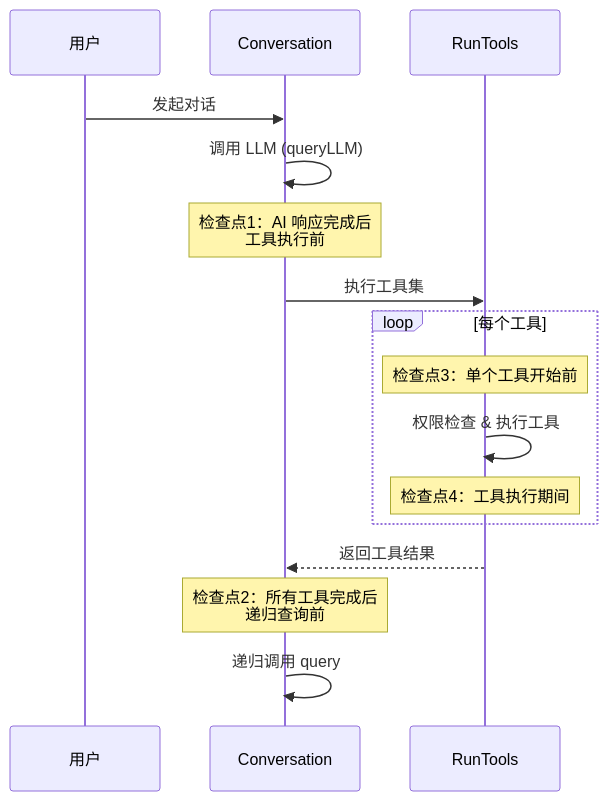
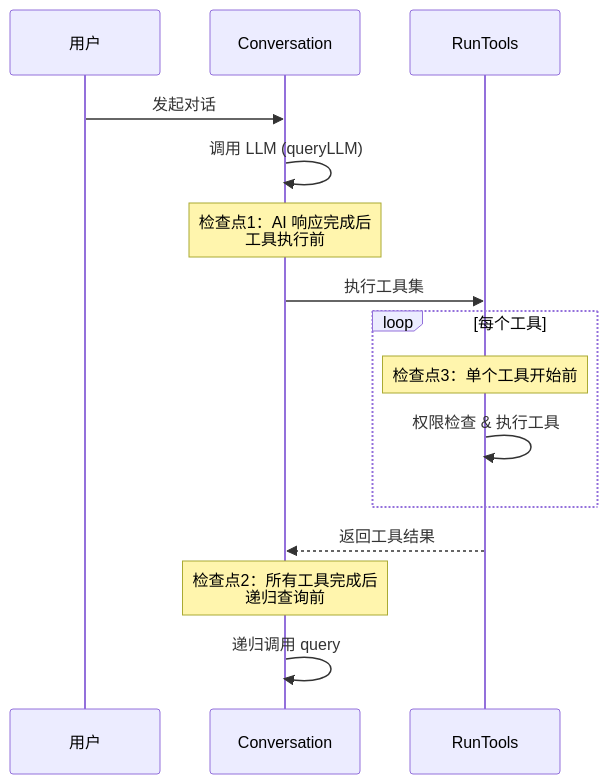
One commit to midea-ai/sema-code-core changed the diagram in docs/wiki/core-concepts/core-architecture/conversation-system.md. Above: the diagram before and after it, drawn with Mermaid. The commit also changed other lines of this file and 10 other files, not shown here.

````diff
--- a/docs/wiki/core-concepts/core-architecture/conversation-system.md
+++ b/docs/wiki/core-concepts/core-architecture/conversation-system.md
@@ -118,19 +118,18 @@
 ```mermaid
 sequenceDiagram
     participant U as 用户
     participant C as Conversation
     participant T as RunTools
 
     U->>C: 发起对话
     C->>C: 调用 LLM (queryLLM)
     Note over C: 检查点1：AI 响应完成后<br/>工具执行前
     C->>T: 执行工具集
     loop 每个工具
         Note over T: 检查点3：单个工具开始前
         T->>T: 权限检查 & 执行工具
-        Note over T: 检查点4：工具执行期间
     end
     T-->>C: 返回工具结果
     Note over C: 检查点2：所有工具完成后<br/>递归查询前
     C->>C: 递归调用 query
 ```
````
